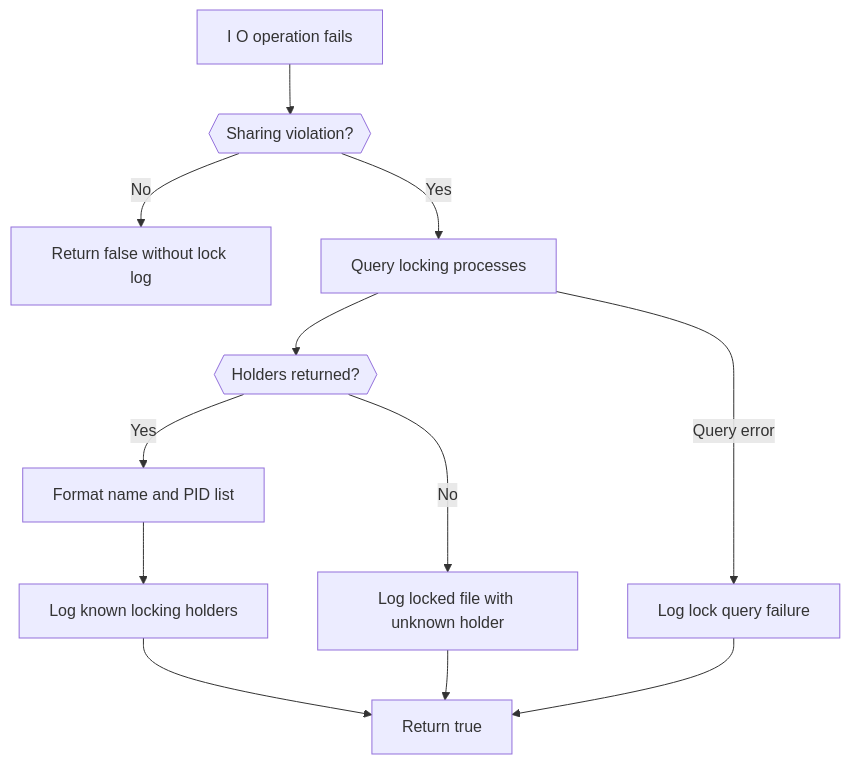
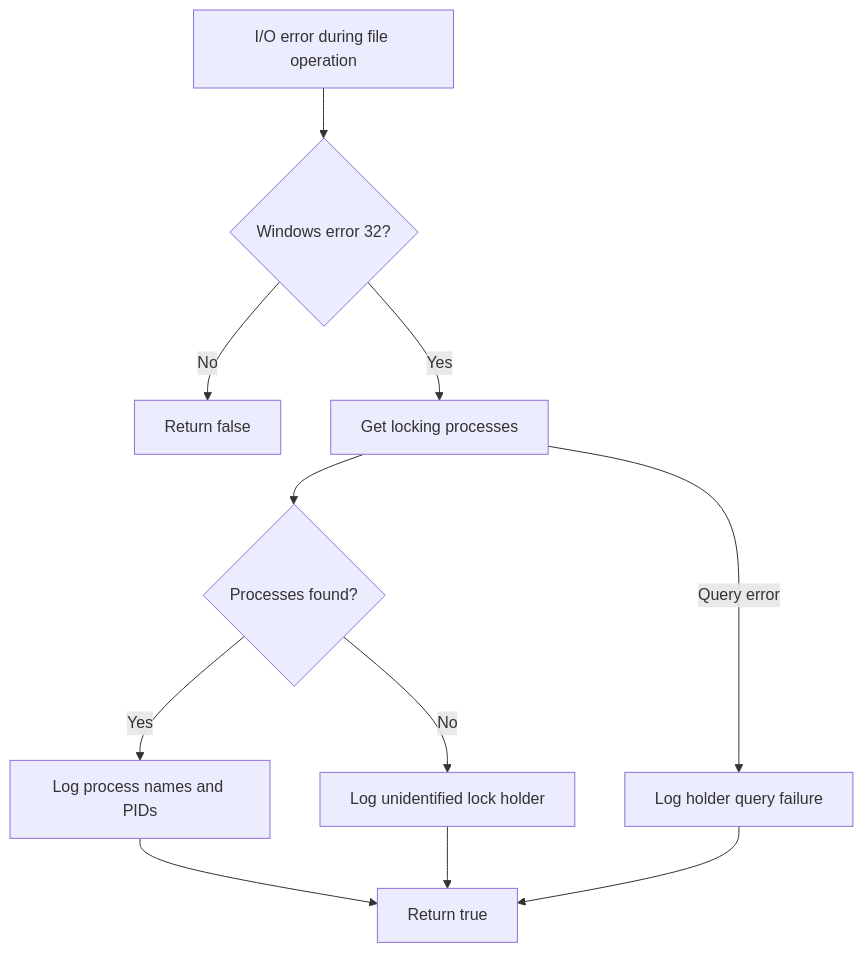
Before and after one commit to flamingo-stack/openframe-oss-tenant: the fourth of 4 diagrams in docs/reference/architecture/openframe-client-core/platform-file-lock/platform-file-lock.md, drawn with Mermaid. The commit also changed other lines of this file and 2377 other files, not shown here.

````diff
--- a/docs/reference/architecture/openframe-client-core/platform-file-lock/platform-file-lock.md
+++ b/docs/reference/architecture/openframe-client-core/platform-file-lock/platform-file-lock.md
@@ -103,14 +128,13 @@
 ```mermaid
 flowchart TD
-    Start["I O operation fails"] --> CheckError{{"Sharing violation?"}}
-    CheckError -->|"No"| Ignore["Return false without lock log"]
-    CheckError -->|"Yes"| Query["Query locking processes"]
-    Query --> HasHolders{{"Holders returned?"}}
-    HasHolders -->|"Yes"| Format["Format name and PID list"]
-    Format --> KnownLog["Log known locking holders"]
-    HasHolders -->|"No"| UnknownLog["Log locked file with unknown holder"]
-    Query -->|"Query error"| FailureLog["Log lock query failure"]
-    KnownLog --> Completed["Return true"]
-    UnknownLog --> Completed
-    FailureLog --> Completed
+    IoError["I/O error during file operation"] --> Sharing{"Windows error 32?"}
+    Sharing -->|"No"| NotHandled["Return false"]
+    Sharing -->|"Yes"| Lookup["Get locking processes"]
+    Lookup --> Found{"Processes found?"}
+    Found -->|"Yes"| Details["Log process names and PIDs"]
+    Found -->|"No"| Unknown["Log unidentified lock holder"]
+    Lookup -->|"Query error"| QueryError["Log holder query failure"]
+    Details --> Handled["Return true"]
+    Unknown --> Handled
+    QueryError --> Handled
 ```
````
